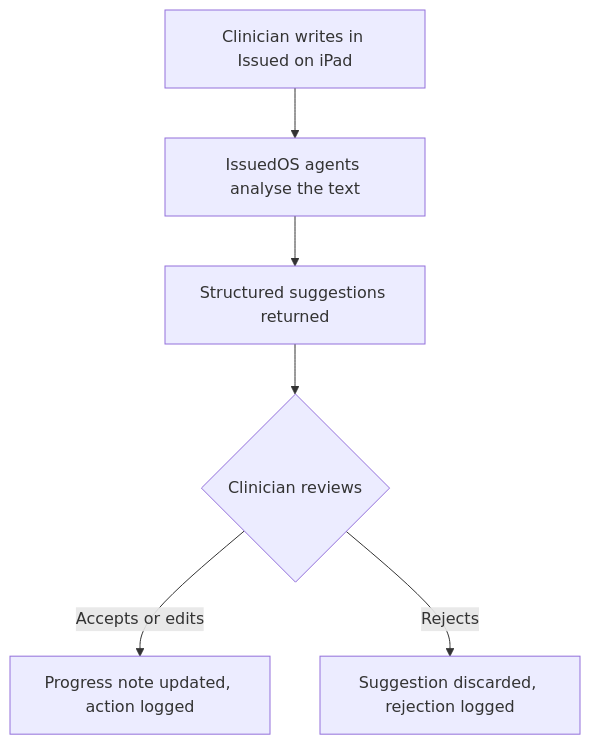
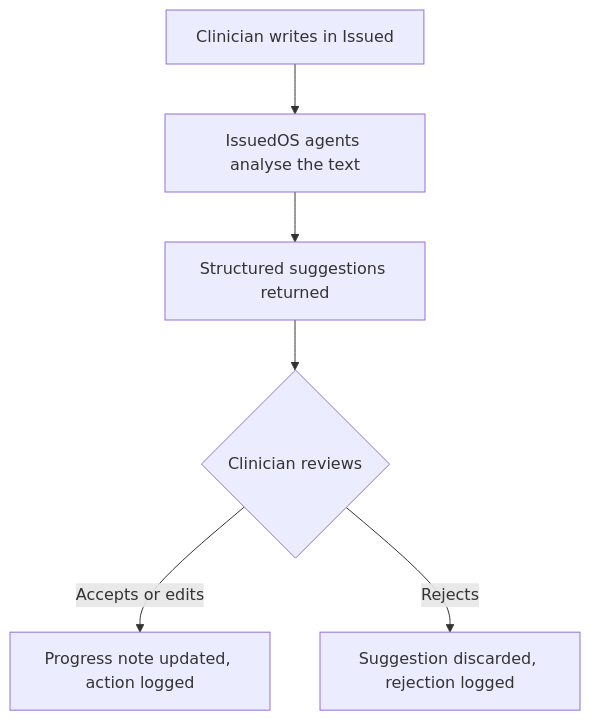
One commit to ClinTech-dev/issued-docs changed the diagram in docs-site/index.md. Above: the diagram before and after it, drawn with Mermaid. The commit also changed other lines of this file and 2 other files, not shown here.

Commit message:
fix: Dr Bowyer pronouns (he/him) and laptop-first device framing
- Dr Bowyer is male — fixed all she/her pronouns in patient journey
- App is primarily built for laptops, iPad-compatible — updated
  landing page, overview, and Mermaid diagram references

````diff
--- a/docs-site/index.md
+++ b/docs-site/index.md
@@ -7,8 +7,8 @@
 ```mermaid
 flowchart TD
-    A[Clinician writes in Issued on iPad] --> B[IssuedOS agents analyse the text]
+    A[Clinician writes in Issued] --> B[IssuedOS agents analyse the text]
     B --> C[Structured suggestions returned]
     C --> D{Clinician reviews}
     D -->|Accepts or edits| E[Progress note updated, action logged]
     D -->|Rejects| F[Suggestion discarded, rejection logged]
 ```
````
